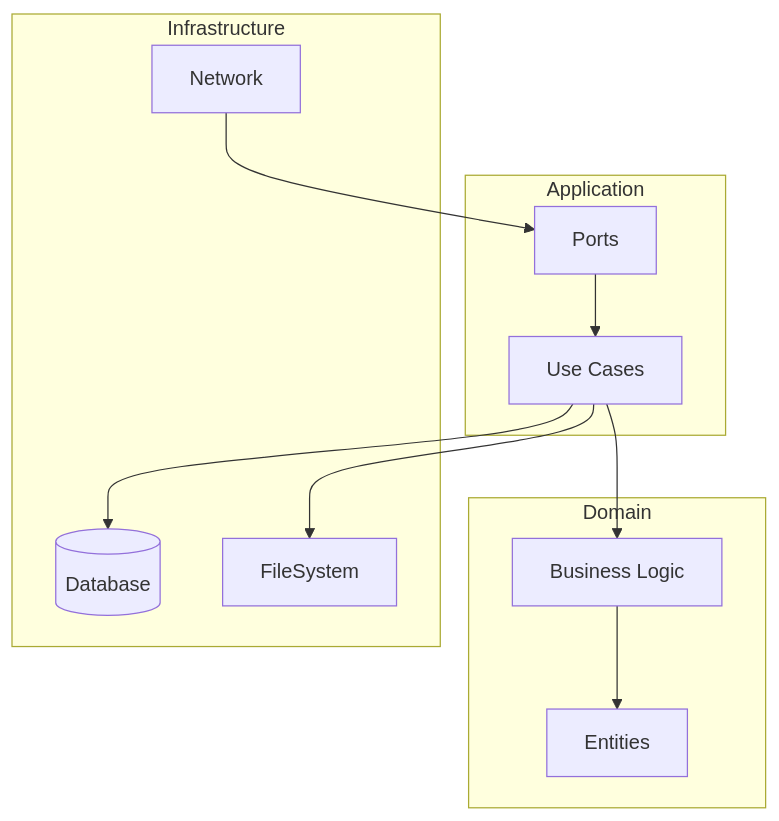
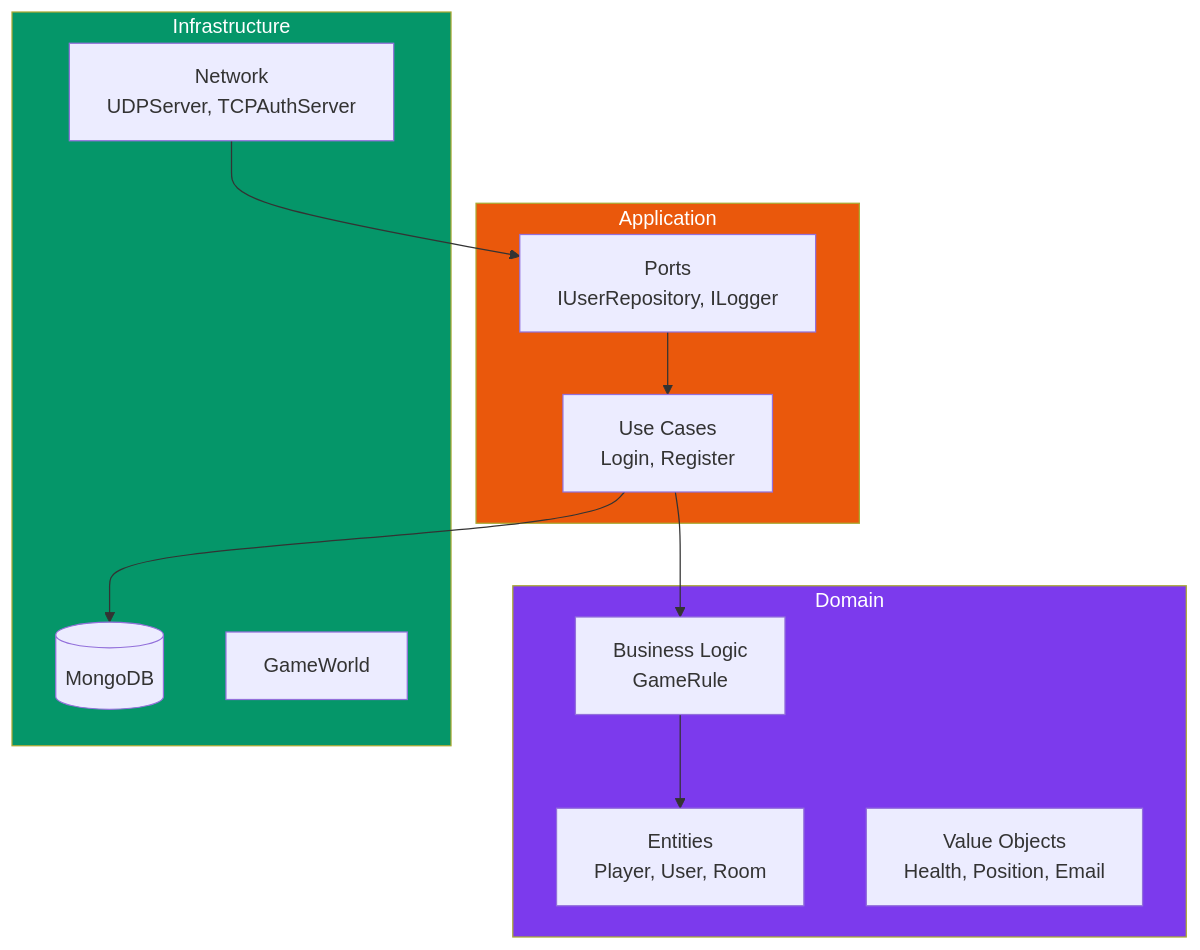
The first of 3 diagrams in docs/developpement/architecture.md (ChrisG-L/rtype), drawn with Mermaid before and after one commit. The commit also changed other lines of this file and 10 other files, not shown here.

````diff
--- a/docs/developpement/architecture.md
+++ b/docs/developpement/architecture.md
@@ -34,25 +34,29 @@
 ```mermaid
 flowchart TB
     subgraph Domain
-        Entity[Entities]
-        Logic[Business Logic]
+        Entity[Entities<br/>Player, User, Room]
+        VO[Value Objects<br/>Health, Position, Email]
+        Logic[Business Logic<br/>GameRule]
     end
 
     subgraph Application
-        UseCase[Use Cases]
-        Port[Ports]
+        UseCase[Use Cases<br/>Login, Register]
+        Port[Ports<br/>IUserRepository, ILogger]
     end
 
     subgraph Infrastructure
-        DB[(Database)]
-        Net[Network]
-        FS[FileSystem]
+        DB[(MongoDB)]
+        Net[Network<br/>UDPServer, TCPAuthServer]
+        Game[GameWorld]
     end
 
     Net --> Port
     Port --> UseCase
     UseCase --> Logic
     Logic --> Entity
     UseCase --> DB
-    UseCase --> FS
+
+    style Domain fill:#7c3aed,color:#fff
+    style Application fill:#ea580c,color:#fff
+    style Infrastructure fill:#059669,color:#fff
 ```
````
